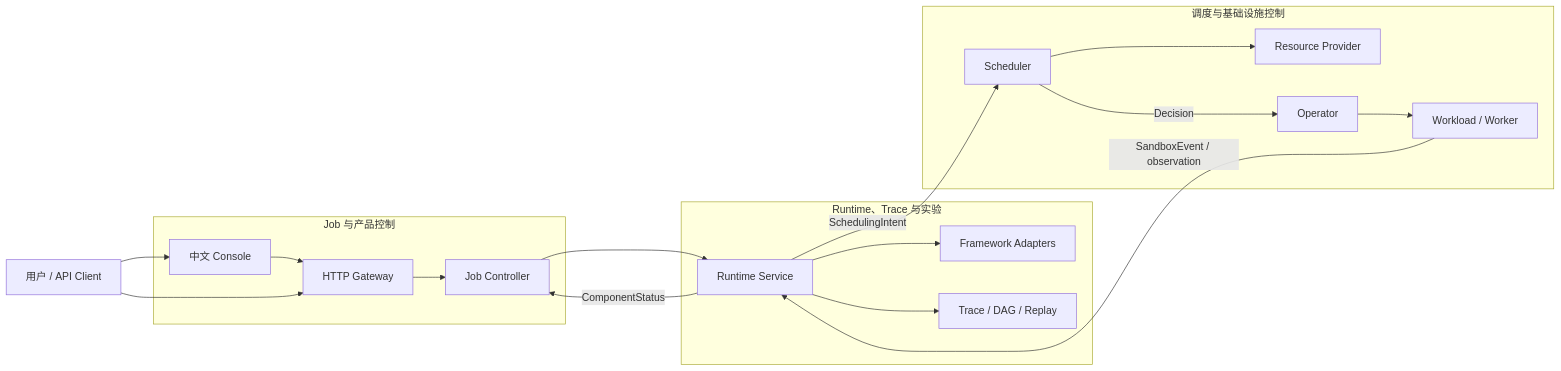
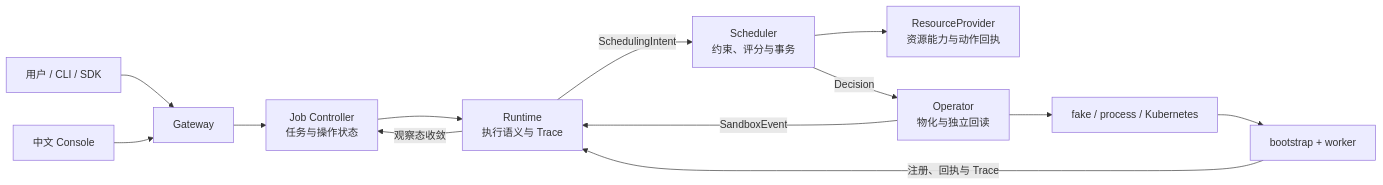
The diagram in README.md (Blizzard-cyber/TGS-RL), drawn with Mermaid before and after one commit. The commit also changed other lines of this file and 42 other files, not shown here.

````diff
--- a/README.md
+++ b/README.md
@@ -138,35 +75,15 @@
 ```mermaid
 flowchart LR
-  U[用户 / API Client]
-
-  subgraph C[Job 与产品控制]
-    UI[中文 Console]
-    GW[HTTP Gateway]
-    JC[Job Controller]
-  end
-
-  subgraph R[Runtime、Trace 与实验]
-    RT[Runtime Service]
-    AD[Framework Adapters]
-    TR[Trace / DAG / Replay]
-  end
-
-  subgraph S[调度与基础设施控制]
-    SC[Scheduler]
-    RP[Resource Provider]
-    OP[Operator]
-    WK[Workload / Worker]
-  end
-
-  U --> UI --> GW
-  U --> GW
-  GW --> JC --> RT
-  RT --> AD
-  RT --> TR
-  RT -->|SchedulingIntent| SC
-  SC --> RP
-  SC -->|Decision| OP
-  OP --> WK
-  WK -->|SandboxEvent / observation| RT
-  RT -->|ComponentStatus| JC
+  U[用户 / CLI / SDK] --> G[Gateway]
+  C[中文 Console] --> G
+  G --> J[Job Controller<br/>任务与操作状态]
+  J --> R[Runtime<br/>执行语义与 Trace]
+  R -->|SchedulingIntent| S[Scheduler<br/>约束、评分与事务]
+  S --> P[ResourceProvider<br/>资源能力与动作回执]
+  S -->|Decision| O[Operator<br/>物化与独立回读]
+  O --> B[fake / process / Kubernetes]
+  B --> W[bootstrap + worker]
+  W -->|注册、回执与 Trace| R
+  O -->|SandboxEvent| R
+  R -->|观察态收敛| J
 ```
````
